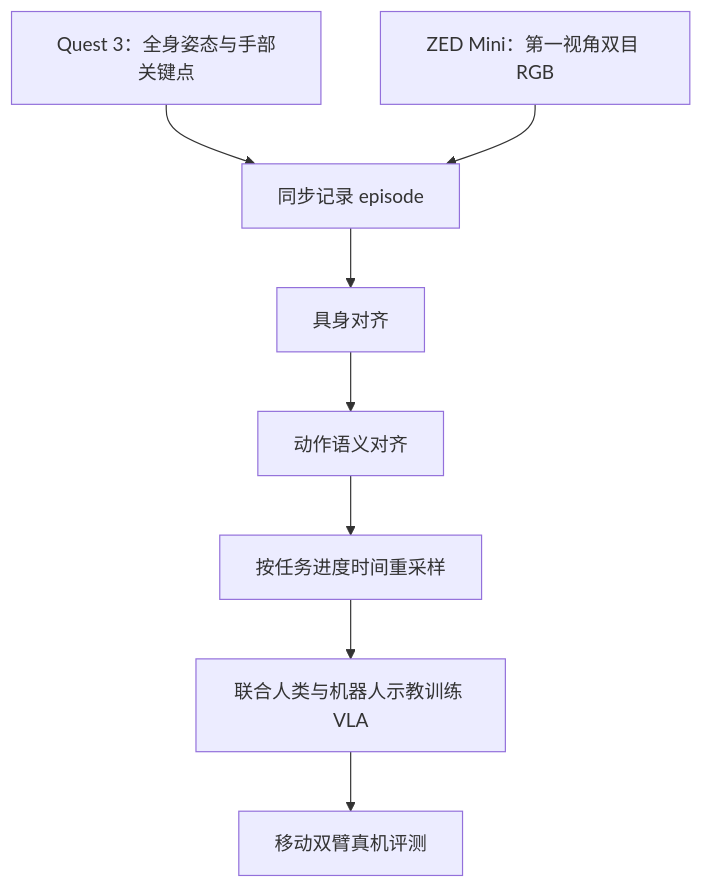
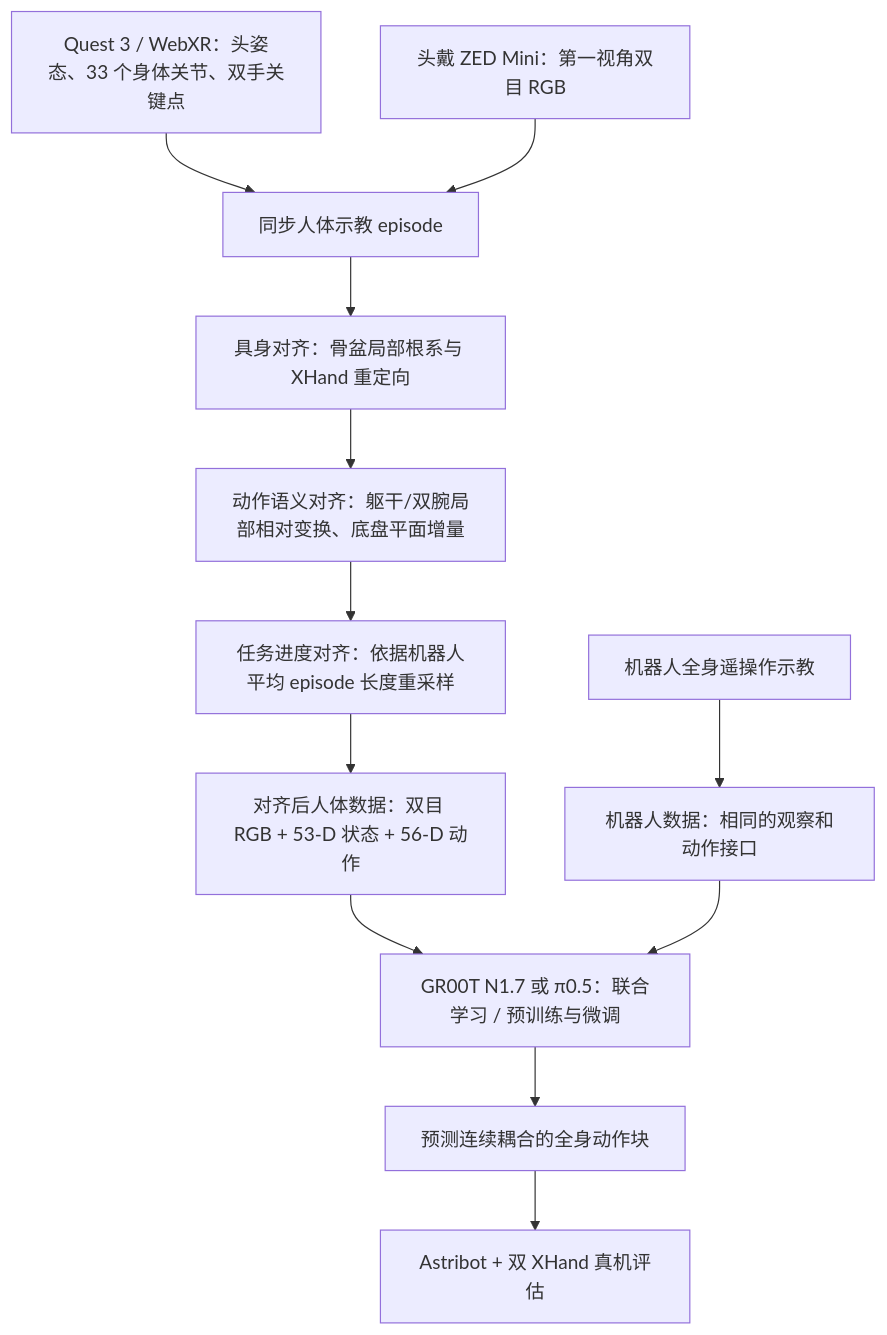
The first of 2 diagrams in wiki/entities/paper-dexroam-mobile-bimanual-manipulation.md (ImChong/Robotics_Notebooks), drawn with Mermaid before and after one commit. The commit also changed other lines of this file, not shown here.

````diff
--- a/wiki/entities/paper-dexroam-mobile-bimanual-manipulation.md
+++ b/wiki/entities/paper-dexroam-mobile-bimanual-manipulation.md
@@ -56,10 +87,14 @@
 ```mermaid
 flowchart TD
-    A["Quest 3：全身姿态与手部关键点"] --> D["同步记录 episode"]
-    B["ZED Mini：第一视角双目 RGB"] --> D
-    D --> E["具身对齐"]
-    E --> F["动作语义对齐"]
-    F --> G["按任务进度时间重采样"]
-    G --> H["联合人类与机器人示教训练 VLA"]
-    H --> I["移动双臂真机评测"]
+    Q["Quest 3 / WebXR：头姿态、33 个身体关节、双手关键点"] --> H["同步人体示教 episode"]
+    Z["头戴 ZED Mini：第一视角双目 RGB"] --> H
+    H --> E["具身对齐：骨盆局部根系与 XHand 重定向"]
+    E --> A["动作语义对齐：躯干/双腕局部相对变换、底盘平面增量"]
+    A --> T["任务进度对齐：依据机器人平均 episode 长度重采样"]
+    T --> D["对齐后人体数据：双目 RGB + 53-D 状态 + 56-D 动作"]
+    R["机器人全身遥操作示教"] --> RD["机器人数据：相同的观察和动作接口"]
+    D --> V["GR00T N1.7 或 π0.5：联合学习 / 预训练与微调"]
+    RD --> V
+    V --> O["预测连续耦合的全身动作块"]
+    O --> B["Astribot + 双 XHand 真机评估"]
 ```
````
